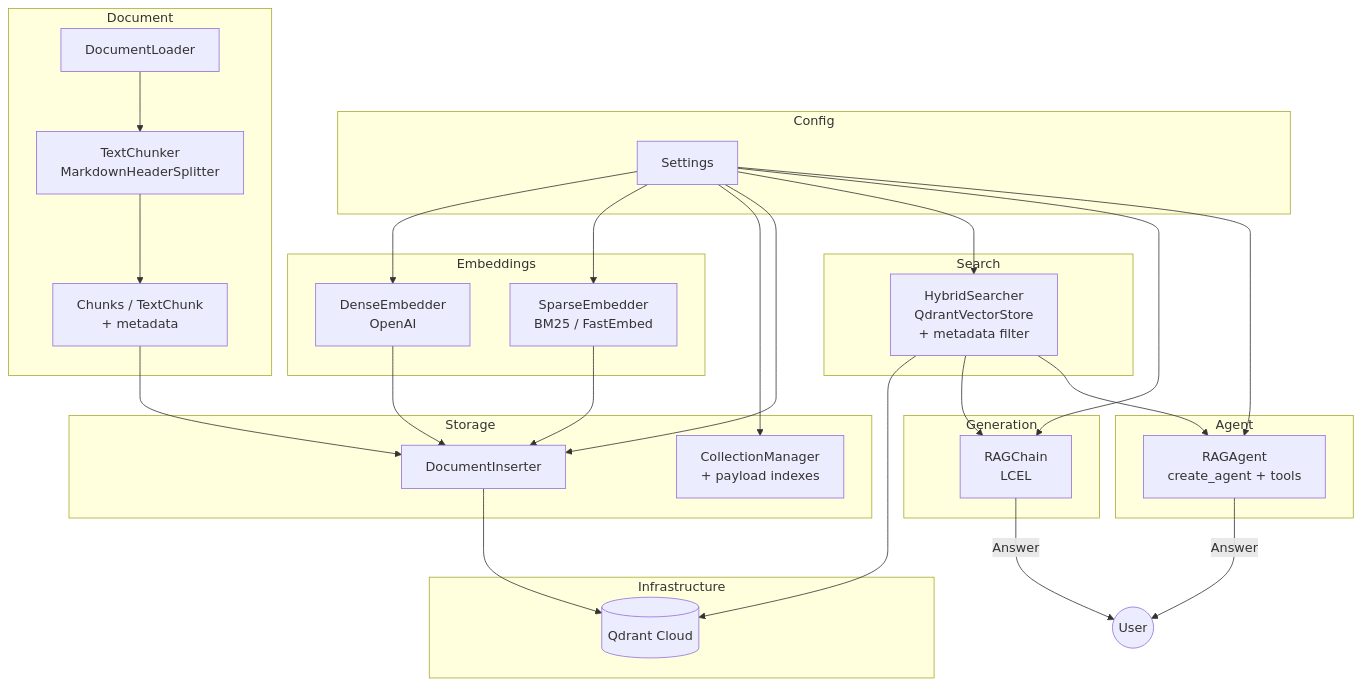
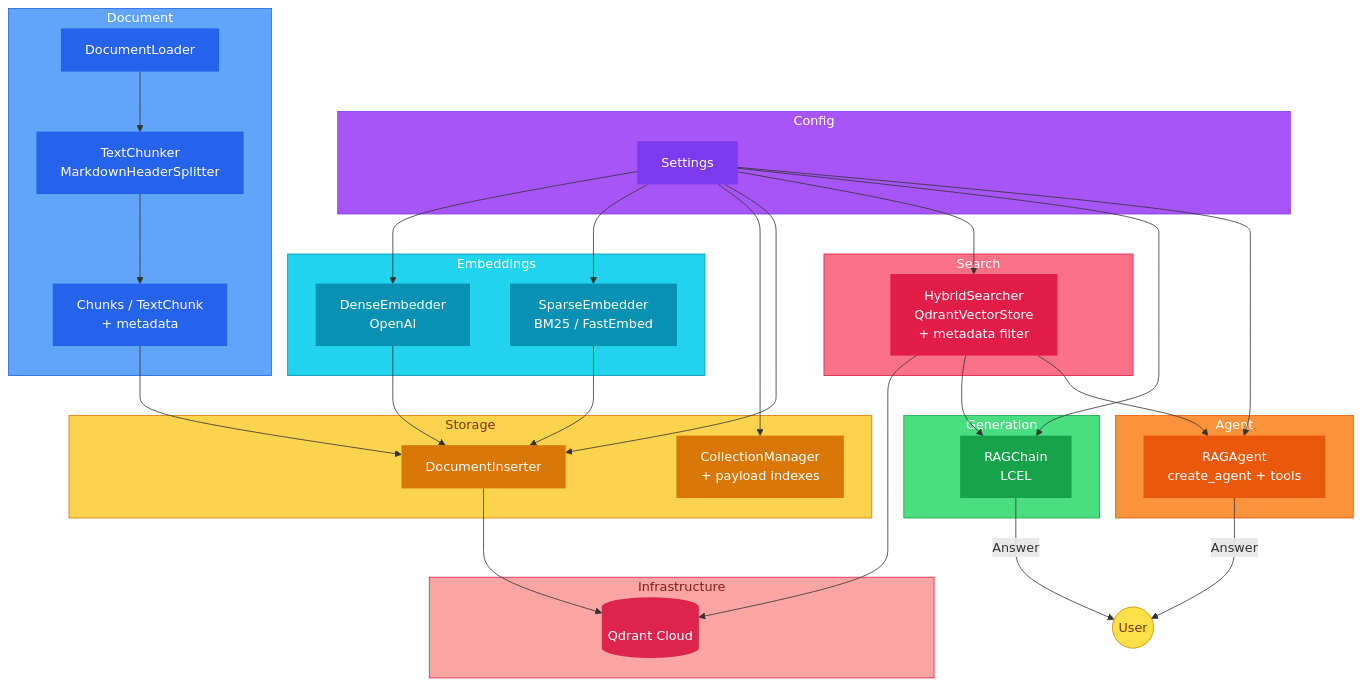
Before and after one commit to Samanosukeh/rag-hybrid-search-multi-query: the fifth of 8 diagrams in README.md, drawn with Mermaid.

Commit message:
refactor: enhance diagram styles for improved readability in README

````diff
--- a/README.md
+++ b/README.md
@@ -214,49 +214,79 @@
 ```mermaid
 graph TD
     subgraph Config
         S[Settings]
     end
 
     subgraph Document
         DL[DocumentLoader]
         TC[TextChunker<br/>MarkdownHeaderSplitter]
         CH[Chunks / TextChunk<br/>+ metadata]
     end
 
     subgraph Embeddings
         DE[DenseEmbedder<br/>OpenAI]
         SE[SparseEmbedder<br/>BM25 / FastEmbed]
     end
 
     subgraph Storage
         CM[CollectionManager<br/>+ payload indexes]
         DI[DocumentInserter]
     end
 
     subgraph Search
         HS[HybridSearcher<br/>QdrantVectorStore<br/>+ metadata filter]
     end
 
     subgraph Generation
         RC[RAGChain<br/>LCEL]
     end
 
     subgraph Agent
         RA[RAGAgent<br/>create_agent + tools]
     end
 
     subgraph Infrastructure
         QD[(Qdrant Cloud)]
     end
 
     S --> DE & SE & CM & DI & HS & RC & RA
 
     DL --> TC --> CH --> DI
     DE & SE --> DI
     DI --> QD
 
     HS --> QD
     HS --> RC & RA
     RC -->|Answer| User((User))
     RA -->|Answer| User
+
+    style Config fill:#A855F7,stroke:#7C3AED,color:#fff
+    style S fill:#7C3AED,stroke:none,color:#fff
+
+    style Document fill:#60A5FA,stroke:#2563EB,color:#fff
+    style DL fill:#2563EB,stroke:none,color:#fff
+    style TC fill:#2563EB,stroke:none,color:#fff
+    style CH fill:#2563EB,stroke:none,color:#fff
+
+    style Embeddings fill:#22D3EE,stroke:#0891B2,color:#fff
+    style DE fill:#0891B2,stroke:none,color:#fff
+    style SE fill:#0891B2,stroke:none,color:#fff
+
+    style Storage fill:#FCD34D,stroke:#D97706,color:#78350F
+    style CM fill:#D97706,stroke:none,color:#fff
+    style DI fill:#D97706,stroke:none,color:#fff
+
+    style Search fill:#FB7185,stroke:#E11D48,color:#fff
+    style HS fill:#E11D48,stroke:none,color:#fff
+
+    style Generation fill:#4ADE80,stroke:#16A34A,color:#fff
+    style RC fill:#16A34A,stroke:none,color:#fff
+
+    style Agent fill:#FB923C,stroke:#EA580C,color:#fff
+    style RA fill:#EA580C,stroke:none,color:#fff
+
+    style Infrastructure fill:#FCA5A5,stroke:#DC244C,color:#7F1D1D
+    style QD fill:#DC244C,stroke:none,color:#fff
+
+    style User fill:#FDE047,stroke:#CA8A04,color:#78350F
 ```
````
